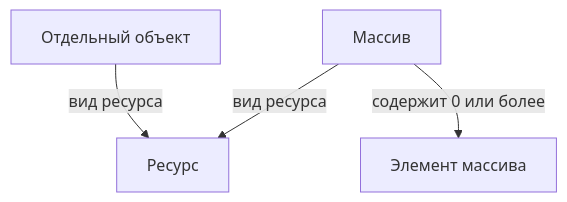
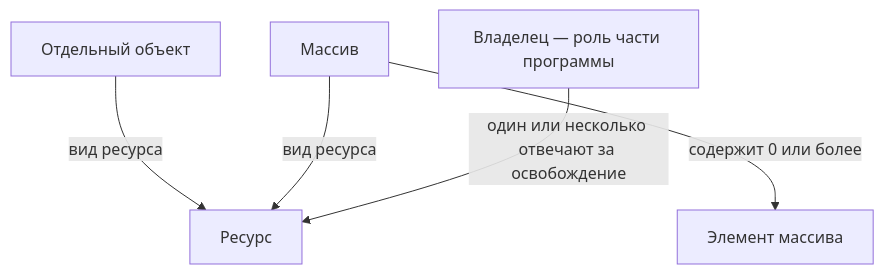
The first of 2 diagrams in SmartPointers/docs/specafication/Дизайн-Умных-Указателей.md (Krastti/DataStructures), drawn with Mermaid before and after one commit. The commit also changed other lines of this file and 3 other files, not shown here.

````diff
--- a/SmartPointers/docs/specafication/Дизайн-Умных-Указателей.md
+++ b/SmartPointers/docs/specafication/Дизайн-Умных-Указателей.md
@@ -19,6 +20,7 @@
 ```mermaid
 flowchart TD
     O["Отдельный объект"] -->|"вид ресурса"| R["Ресурс"]
     A["Массив"] -->|"вид ресурса"| R
     A -->|"содержит 0 или более"| E["Элемент массива"]
+    W["Владелец — роль части программы"] -->|"один или несколько отвечают за освобождение"| R
 ```
````
